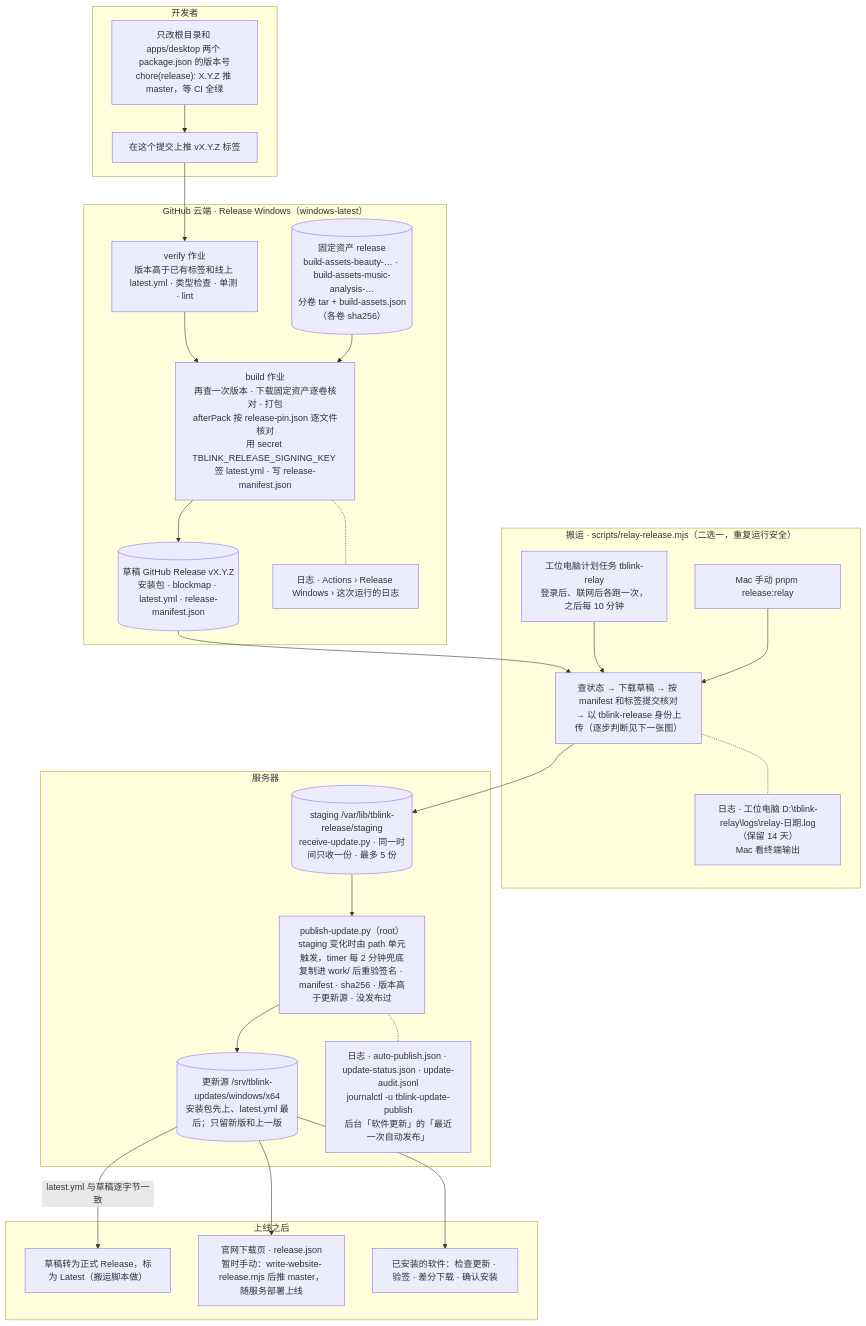
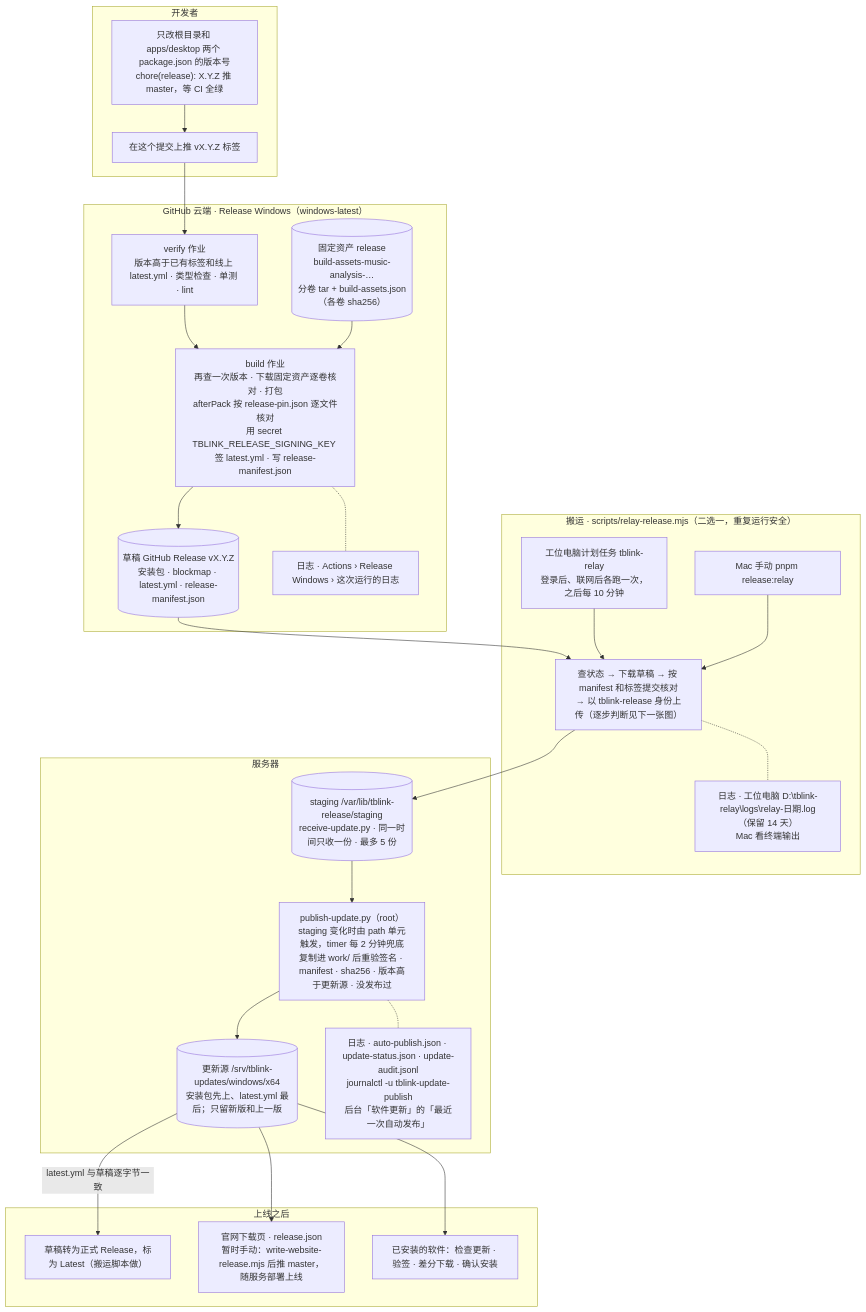
One commit to Fldicoahkiin/tuanbo-link-console changed the diagram in docs/diagrams/windows-release.mmd. Above: the diagram before and after it, drawn with Mermaid. The commit also changed 323 other files, not shown here.

```diff
--- a/docs/diagrams/windows-release.mmd
+++ b/docs/diagrams/windows-release.mmd
@@ -1,42 +1,42 @@
 flowchart TD
   subgraph dev["开发者"]
     bump["只改根目录和 apps/desktop 两个 package.json 的版本号<br/>chore(release): X.Y.Z 推 master，等 CI 全绿"]
     tag["在这个提交上推 vX.Y.Z 标签"]
   end
   subgraph cloud["GitHub 云端 · Release Windows（windows-latest）"]
     verify["verify 作业<br/>版本高于已有标签和线上 latest.yml · 类型检查 · 单测 · lint"]
-    assets[("固定资产 release<br/>build-assets-beauty-… · build-assets-music-analysis-…<br/>分卷 tar + build-assets.json（各卷 sha256）")]
+    assets[("固定资产 release<br/>build-assets-music-analysis-…<br/>分卷 tar + build-assets.json（各卷 sha256）")]
     build["build 作业<br/>再查一次版本 · 下载固定资产逐卷核对 · 打包<br/>afterPack 按 release-pin.json 逐文件核对<br/>用 secret TBLINK_RELEASE_SIGNING_KEY 签 latest.yml · 写 release-manifest.json"]
     draft[("草稿 GitHub Release vX.Y.Z<br/>安装包 · blockmap · latest.yml · release-manifest.json")]
     cloudlog["日志 · Actions › Release Windows › 这次运行的日志"]
   end
   subgraph relayer["搬运 · scripts/relay-release.mjs（二选一，重复运行安全）"]
     office["工位电脑计划任务 tblink-relay<br/>登录后、联网后各跑一次，之后每 10 分钟"]
     mac["Mac 手动 pnpm release:relay"]
     relay["查状态 → 下载草稿 → 按 manifest 和标签提交核对<br/>→ 以 tblink-release 身份上传（逐步判断见下一张图）"]
     relaylog["日志 · 工位电脑 D:\tblink-relay\logs\relay-日期.log（保留 14 天）<br/>Mac 看终端输出"]
   end
   subgraph server["服务器"]
     staging[("staging /var/lib/tblink-release/staging<br/>receive-update.py · 同一时间只收一份 · 最多 5 份")]
     publisher["publish-update.py（root）<br/>staging 变化时由 path 单元触发，timer 每 2 分钟兜底<br/>复制进 work/ 后重验签名 · manifest · sha256 · 版本高于更新源 · 没发布过"]
     feed[("更新源 /srv/tblink-updates/windows/x64<br/>安装包先上、latest.yml 最后；只留新版和上一版")]
     serverlog["日志 · auto-publish.json · update-status.json · update-audit.jsonl<br/>journalctl -u tblink-update-publish<br/>后台「软件更新」的「最近一次自动发布」"]
   end
   subgraph after["上线之后"]
     latest["草稿转为正式 Release，标为 Latest（搬运脚本做）"]
     website["官网下载页 · release.json<br/>暂时手动：write-website-release.mjs 后推 master，随服务部署上线"]
     client["已安装的软件：检查更新 · 验签 · 差分下载 · 确认安装"]
   end
   bump --> tag --> verify --> build
   assets --> build
   build --> draft
   draft --> relay
   office --> relay
   mac --> relay
   relay --> staging --> publisher --> feed
   feed --> client
   feed -->|"latest.yml 与草稿逐字节一致"| latest
   feed --> website
   build -.- cloudlog
   relay -.- relaylog
   publisher -.- serverlog
```
